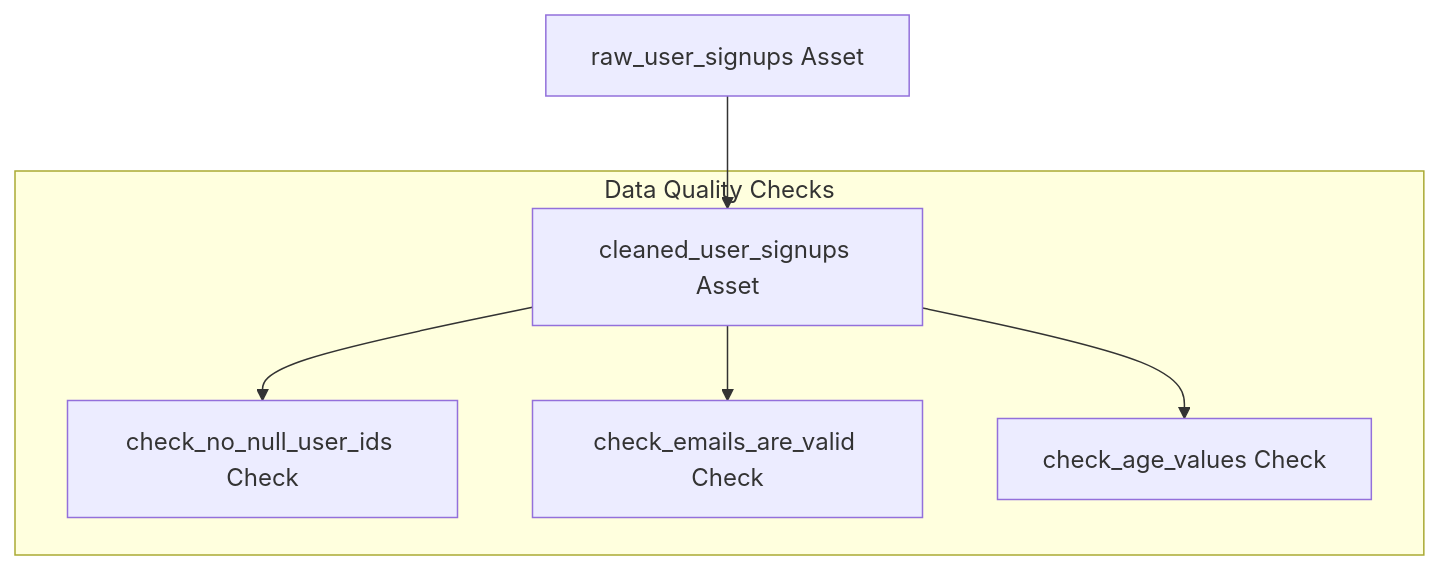
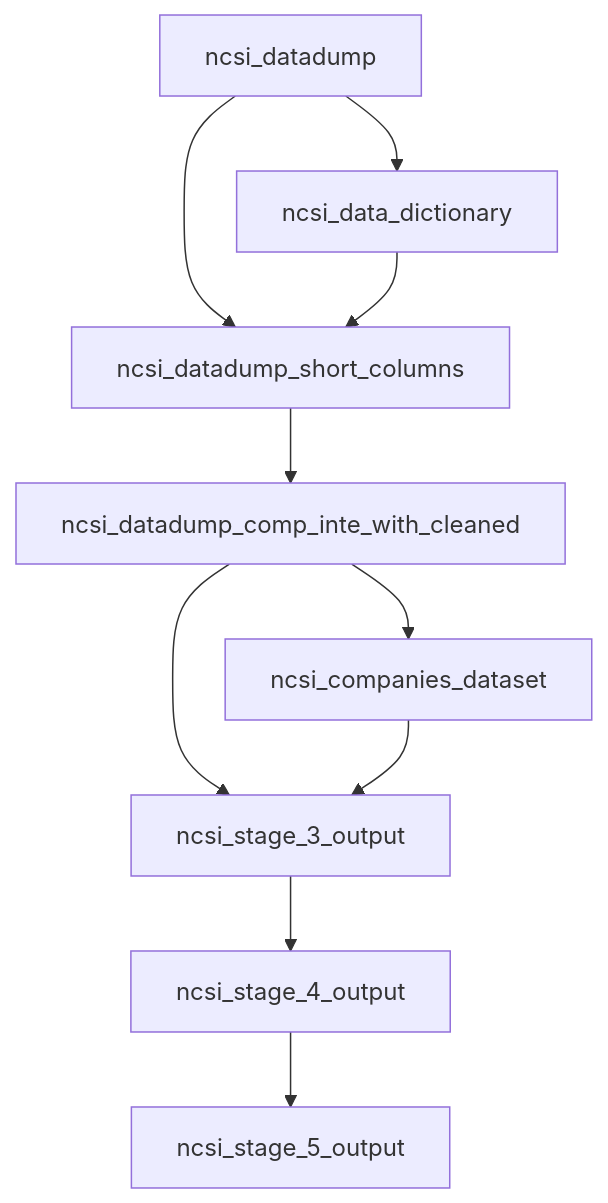
Before and after one commit to techsupport-Apercu/Dagster-Data-Quality-Standards-Verification-Project: the diagram in Dagster/README.md, drawn with Mermaid. The commit also changed other lines of this file and 58 other files, not shown here.

````diff
--- a/Dagster/README.md
+++ b/Dagster/README.md
@@ -5,9 +7,12 @@
 ```mermaid
 graph TD
-    raw_user_signups[raw_user_signups Asset] --> cleaned_user_signups[cleaned_user_signups Asset]
-    subgraph Data Quality Checks
-        cleaned_user_signups --> check_no_null_user_ids[check_no_null_user_ids Check]
-        cleaned_user_signups --> check_emails_are_valid[check_emails_are_valid Check]
-        cleaned_user_signups --> check_age_values[check_age_values Check]
-    end
+     A[ncsi_datadump] --> B[ncsi_data_dictionary]
+     A --> C[ncsi_datadump_short_columns]
+     B --> C
+     C --> D[ncsi_datadump_comp_inte_with_cleaned]
+     D --> E[ncsi_companies_dataset]
+     D --> F[ncsi_stage_3_output]
+     E --> F
+     F --> G[ncsi_stage_4_output]
+     G --> H[ncsi_stage_5_output]
 ```
````
